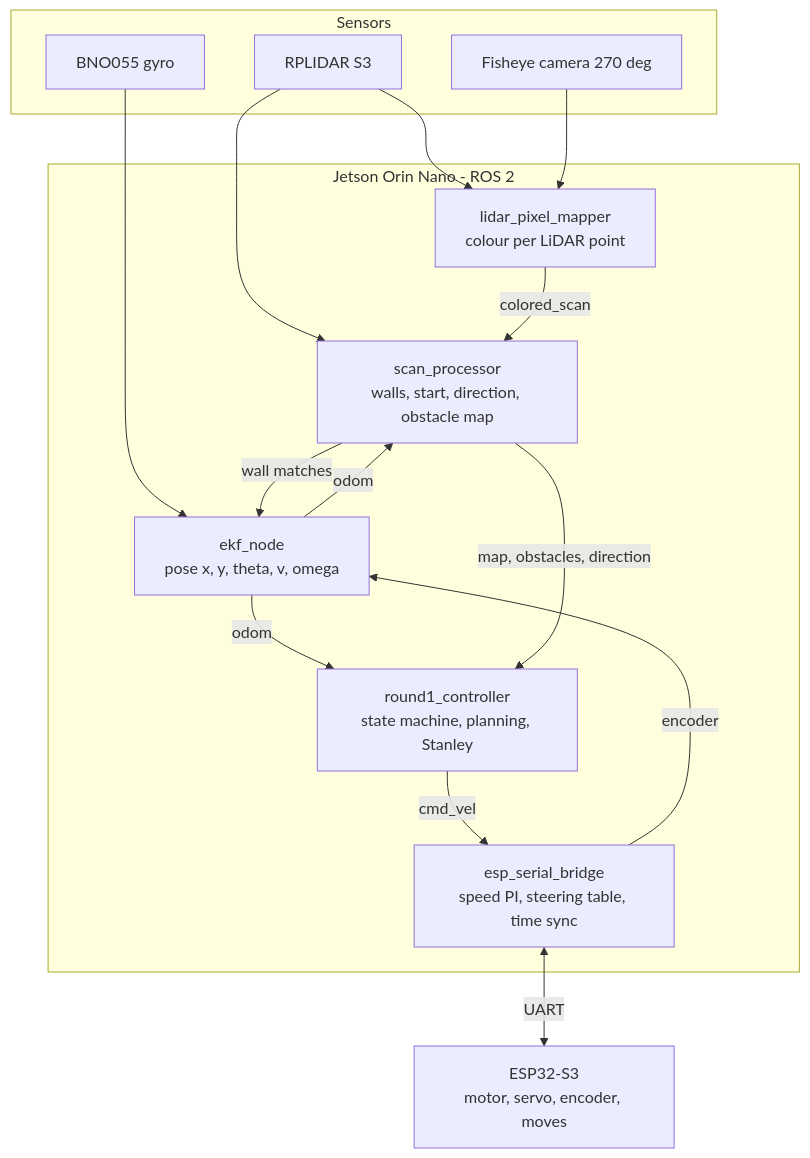
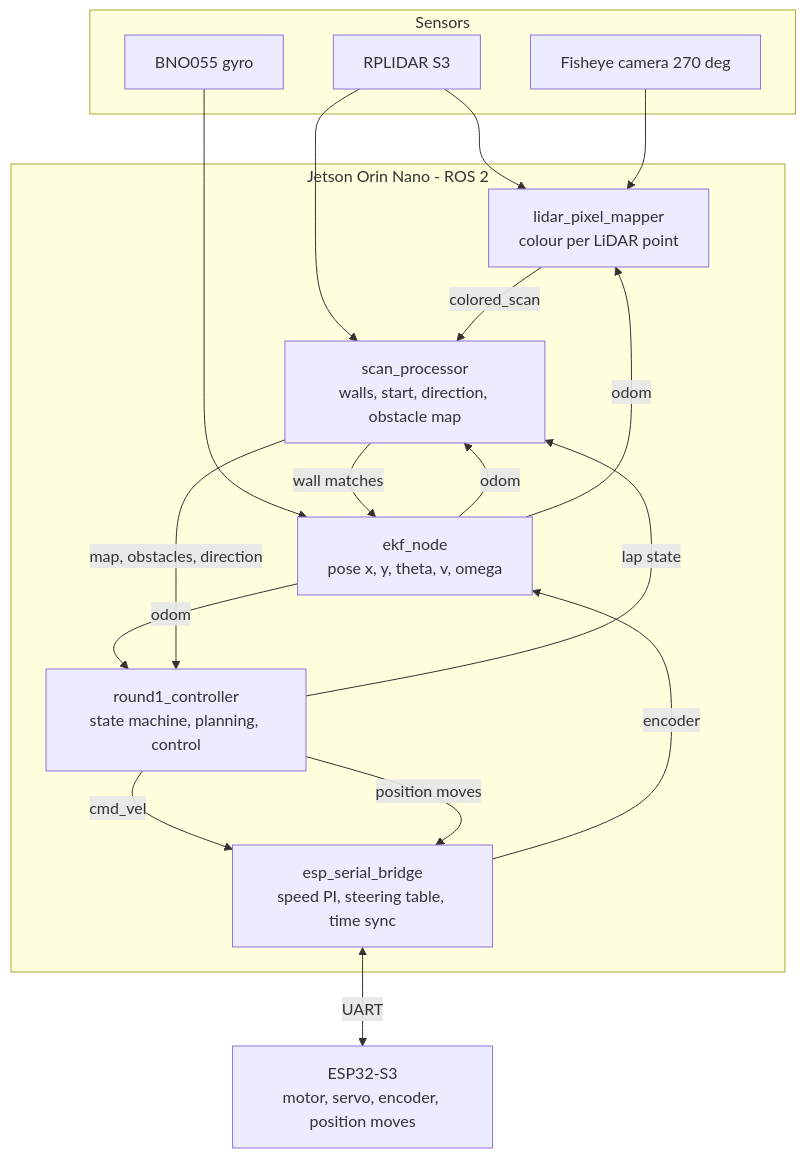
Before and after one commit to Mac-Lego-RMS/JetsonOrinNano: the first of 3 diagrams in docs/journal/04-software.md, drawn with Mermaid. The commit also changed other lines of this file and 2 other files, not shown here.

````diff
--- a/docs/journal/04-software.md
+++ b/docs/journal/04-software.md
@@ -25,28 +31,31 @@
 ```mermaid
 flowchart TB
   subgraph Sensors
     lidar[RPLIDAR S3]
     cam[Fisheye camera 270 deg]
     imu[BNO055 gyro]
   end
   subgraph Jetson["Jetson Orin Nano - ROS 2"]
     fusion[lidar_pixel_mapper<br/>colour per LiDAR point]
     scan[scan_processor<br/>walls, start, direction, obstacle map]
     ekf[ekf_node<br/>pose x, y, theta, v, omega]
-    ctrl[round1_controller<br/>state machine, planning, Stanley]
+    ctrl[round1_controller<br/>state machine, planning, control]
     bridge[esp_serial_bridge<br/>speed PI, steering table, time sync]
   end
-  esp[ESP32-S3<br/>motor, servo, encoder, moves]
+  esp[ESP32-S3<br/>motor, servo, encoder, position moves]
   lidar --> fusion
   cam --> fusion
   lidar --> scan
   fusion -- colored_scan --> scan
   imu --> ekf
   scan -- wall matches --> ekf
   bridge -- encoder --> ekf
   ekf -- odom --> scan
+  ekf -- odom --> fusion
   ekf -- odom --> ctrl
   scan -- map, obstacles, direction --> ctrl
+  ctrl -- lap state --> scan
   ctrl -- cmd_vel --> bridge
+  ctrl -- position moves --> bridge
   bridge <-- UART --> esp
 ```
````
